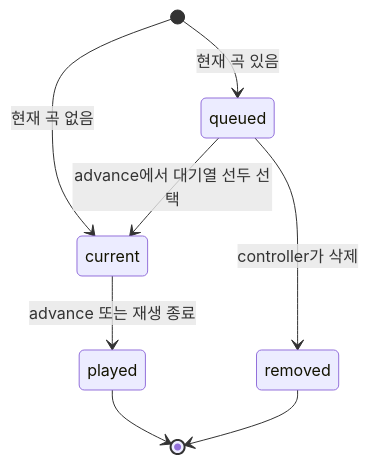
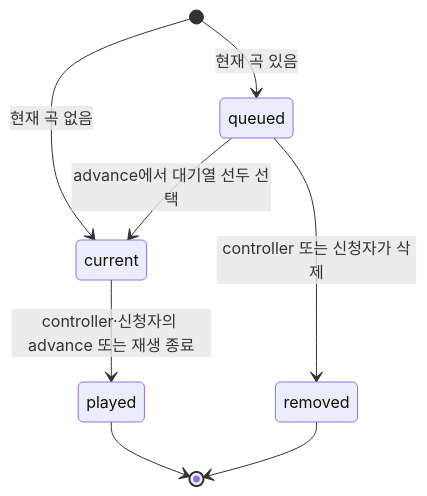
Before and after one commit to whitekw/jukebox: the second of 2 diagrams in docs/DATA_MODEL.md, drawn with Mermaid. The commit also changed other lines of this file and 9 other files, not shown here.

````diff
--- a/docs/DATA_MODEL.md
+++ b/docs/DATA_MODEL.md
@@ -127,10 +127,10 @@
 ```mermaid
 stateDiagram-v2
     [*] --> current: 현재 곡 없음
     [*] --> queued: 현재 곡 있음
     queued --> current: advance에서 대기열 선두 선택
-    queued --> removed: controller가 삭제
-    current --> played: advance 또는 재생 종료
+    queued --> removed: controller 또는 신청자가 삭제
+    current --> played: controller·신청자의 advance 또는 재생 종료
     played --> [*]
     removed --> [*]
 ```
````
